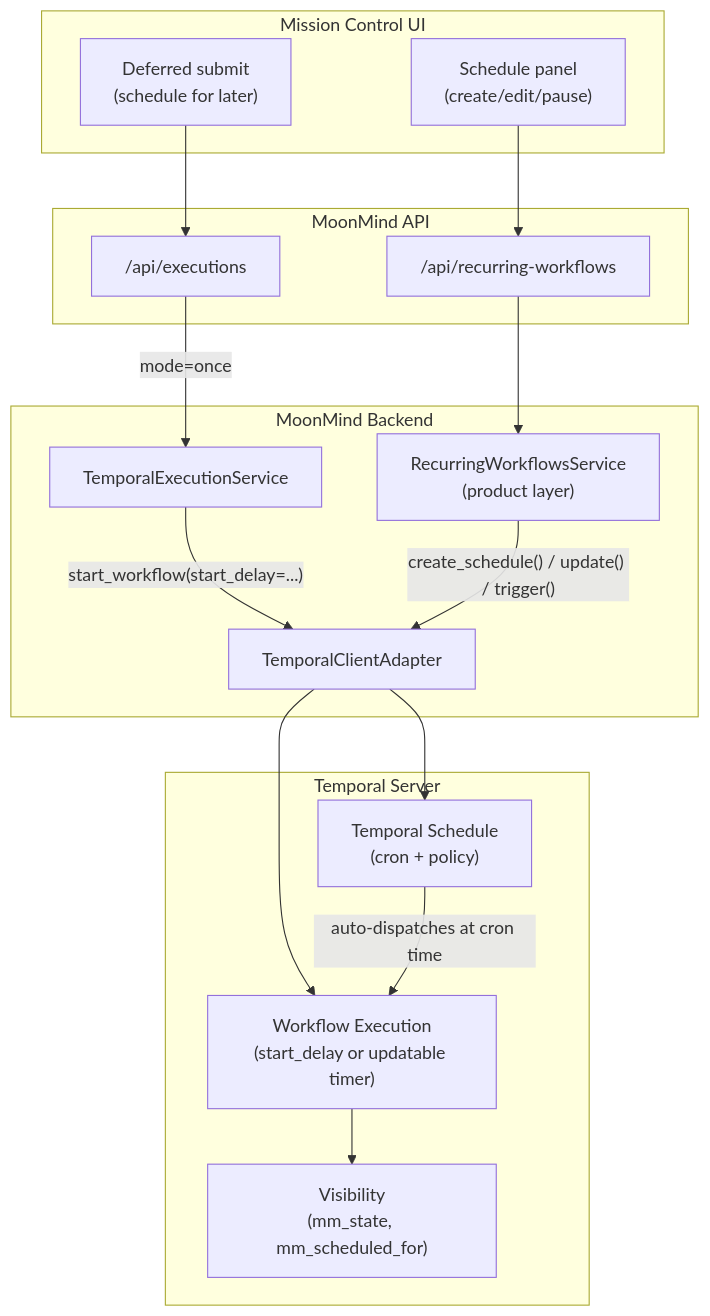
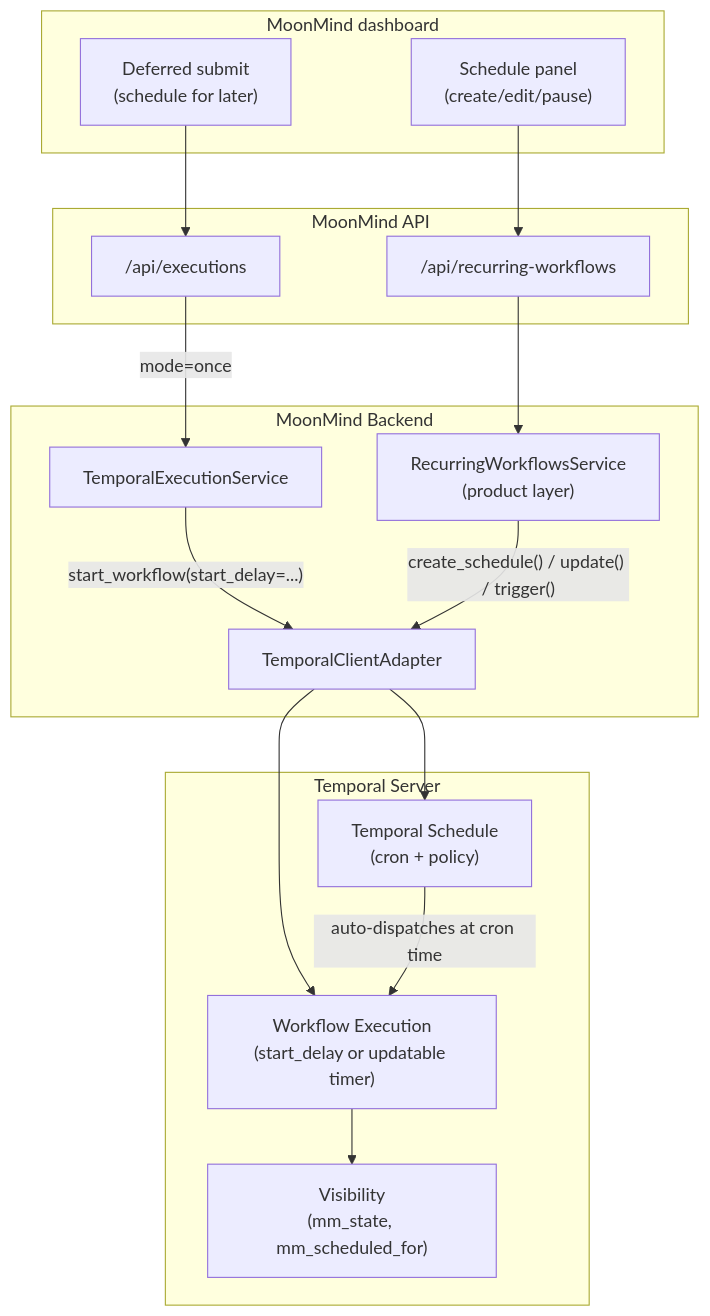
One commit to MoonLadderStudios/MoonMind changed the diagram in docs/Temporal/TemporalScheduling.md. Above: the diagram before and after it, drawn with Mermaid. The commit also changed other lines of this file and 121 other files, not shown here.

````diff
--- a/docs/Temporal/TemporalScheduling.md
+++ b/docs/Temporal/TemporalScheduling.md
@@ -376,38 +376,38 @@
 ```mermaid
 flowchart TD
- subgraph "Mission Control UI"
+ subgraph "MoonMind dashboard"
  UI_SCHEDULE["Schedule panel<br/>(create/edit/pause)"]
  UI_DEFERRED["Deferred submit<br/>(schedule for later)"]
  end
 
  subgraph "MoonMind API"
  API_EXEC["/api/executions"]
  API_RECUR["/api/recurring-workflows"]
  end
 
  subgraph "MoonMind Backend"
  SVC_EXEC["TemporalExecutionService"]
  SVC_RECUR["RecurringWorkflowsService<br/>(product layer)"]
  ADAPTER["TemporalClientAdapter"]
  end
 
  subgraph "Temporal Server"
  T_WF["Workflow Execution<br/>(start_delay or updatable timer)"]
  T_SCHED["Temporal Schedule<br/>(cron + policy)"]
  T_VIS["Visibility<br/>(mm_state, mm_scheduled_for)"]
  end
 
  UI_DEFERRED --> API_EXEC
  UI_SCHEDULE --> API_RECUR
 
  API_EXEC -->|"mode=once"| SVC_EXEC
  API_RECUR --> SVC_RECUR
 
  SVC_EXEC -->|"start_workflow(start_delay=...)"| ADAPTER
  SVC_RECUR -->|"create_schedule() / update() / trigger()"| ADAPTER
 
  ADAPTER --> T_WF
  ADAPTER --> T_SCHED
  T_SCHED -->|"auto-dispatches at cron time"| T_WF
  T_WF --> T_VIS
 ```
````
